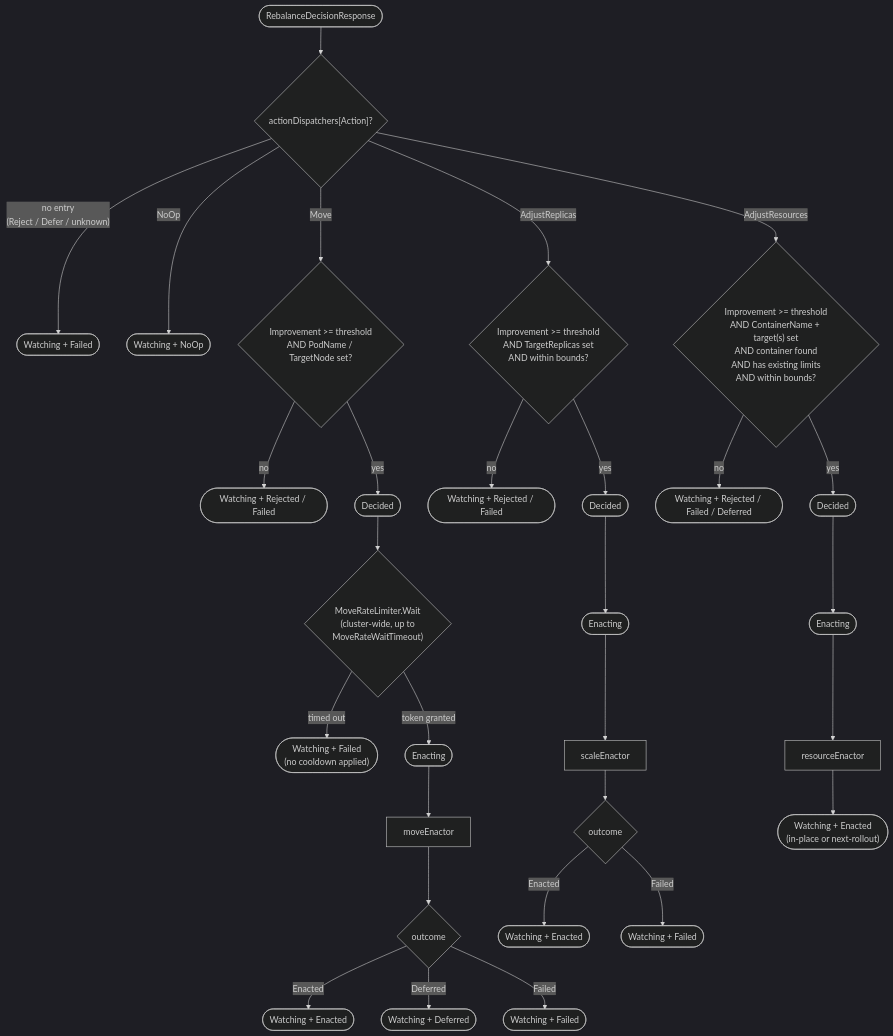
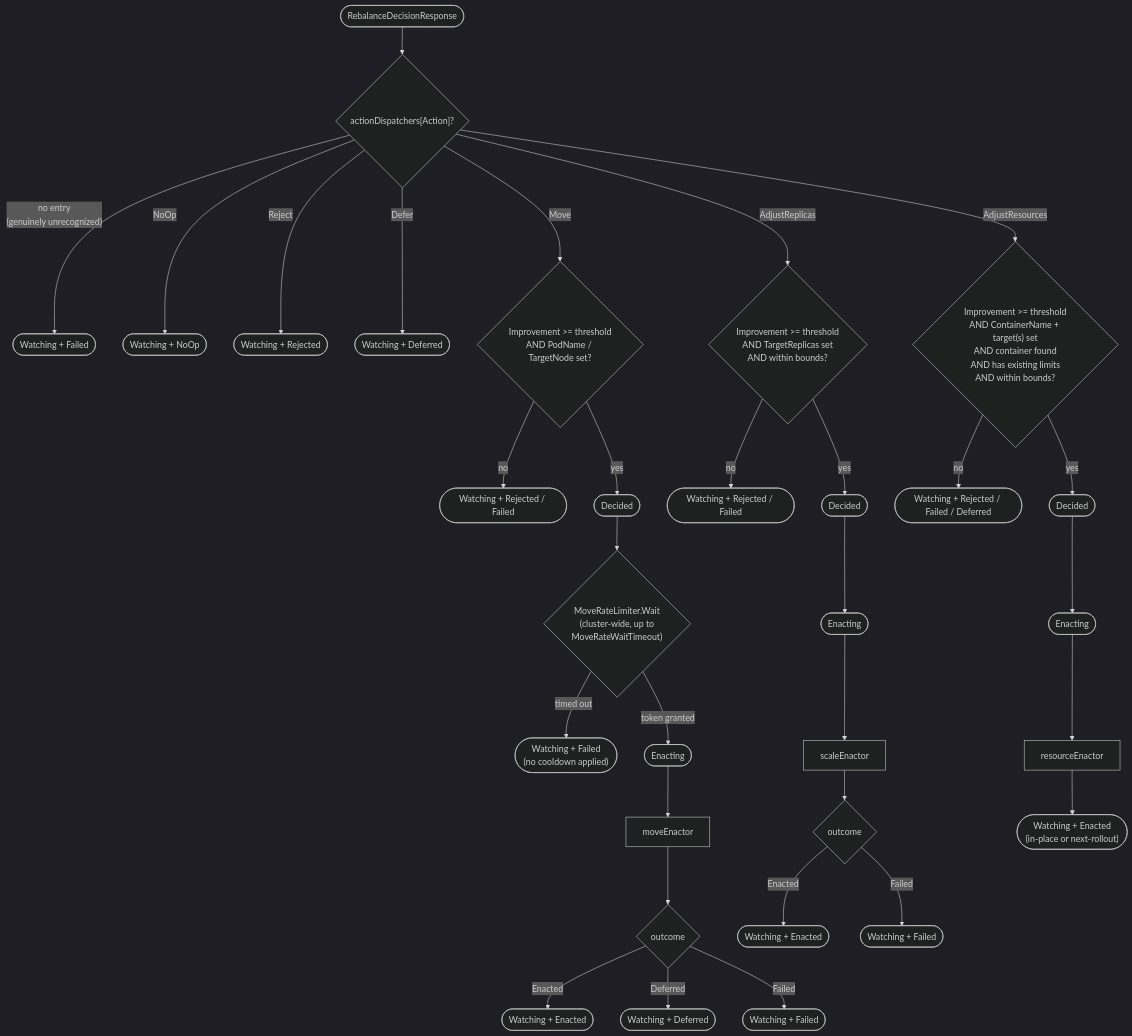
Before and after one commit to HIRO-MicroDataCenters-BV/hiro-adaptive-orchestrator: the eighth of 32 diagrams in internal/rebalance/README.md, drawn with Mermaid (dark theme). The commit also changed other lines of this file and 9 other files, not shown here.

Commit message:
Give Defer and Reject their own outcome handlers instead of falling through to Failed. Also reclassify a Move/AdjustReplicas scheduling timeout as Deferred when a fresh check confirms the energy gate is closed, instead of always reporting Failed.

````diff
--- a/internal/rebalance/README.md
+++ b/internal/rebalance/README.md
@@ -354,28 +355,30 @@
 ```mermaid
 flowchart TD
     Resp(["RebalanceDecisionResponse"]) --> Reg{"actionDispatchers[Action]?"}
-    Reg -- "no entry<br/>(Reject / Defer / unknown)" --> F1(["Watching + Failed"])
+    Reg -- "no entry<br/>(genuinely unrecognized)" --> F1(["Watching + Failed"])
     Reg -- NoOp --> N1(["Watching + NoOp"])
+    Reg -- Reject --> N2(["Watching + Rejected"])
+    Reg -- Defer --> N3(["Watching + Deferred"])
     Reg -- Move --> G{"Improvement >= threshold<br/>AND PodName / TargetNode set?"}
     G -- no --> Rej(["Watching + Rejected / Failed"])
     G -- yes --> D(["Decided"])
     D --> RL{"MoveRateLimiter.Wait<br/>(cluster-wide, up to<br/>MoveRateWaitTimeout)"}
     RL -- "timed out" --> RLF(["Watching + Failed<br/>(no cooldown applied)"])
     RL -- "token granted" --> Enacting(["Enacting"]) --> ME["moveEnactor"]
     ME --> Out{"outcome"}
     Out -- Enacted --> W1(["Watching + Enacted"])
     Out -- Deferred --> W2(["Watching + Deferred"])
     Out -- Failed --> W3(["Watching + Failed"])
 
     Reg -- AdjustReplicas --> G2{"Improvement >= threshold<br/>AND TargetReplicas set<br/>AND within bounds?"}
     G2 -- no --> Rej2(["Watching + Rejected / Failed"])
     G2 -- yes --> D2(["Decided"]) --> Enacting2(["Enacting"]) --> SE["scaleEnactor"]
     SE --> Out2{"outcome"}
     Out2 -- Enacted --> W4(["Watching + Enacted"])
     Out2 -- Failed --> W5(["Watching + Failed"])
 
     Reg -- AdjustResources --> G3{"Improvement >= threshold<br/>AND ContainerName + target(s) set<br/>AND container found<br/>AND has existing limits<br/>AND within bounds?"}
     G3 -- no --> Rej3(["Watching + Rejected / Failed / Deferred"])
     G3 -- yes --> D3(["Decided"]) --> Enacting3(["Enacting"]) --> RE["resourceEnactor"]
     RE --> Out3(["Watching + Enacted<br/>(in-place or next-rollout)"])
 ```
````
